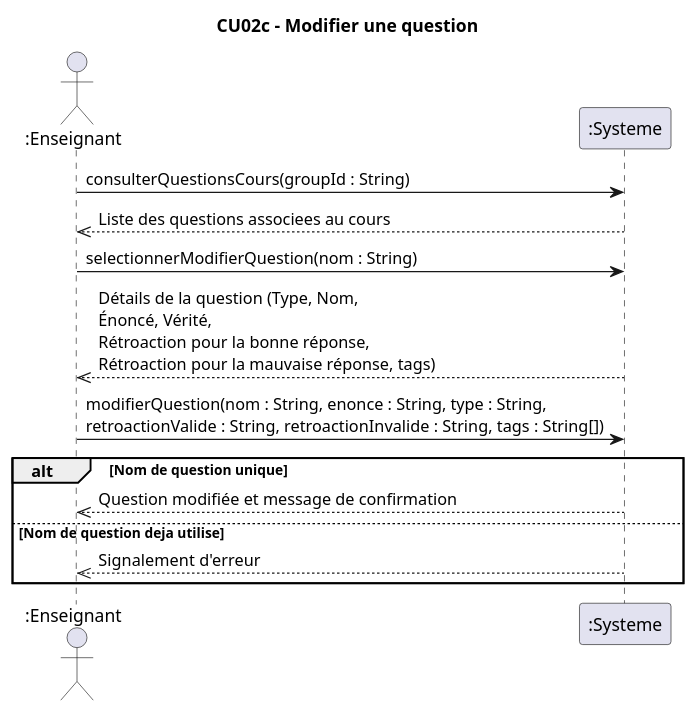
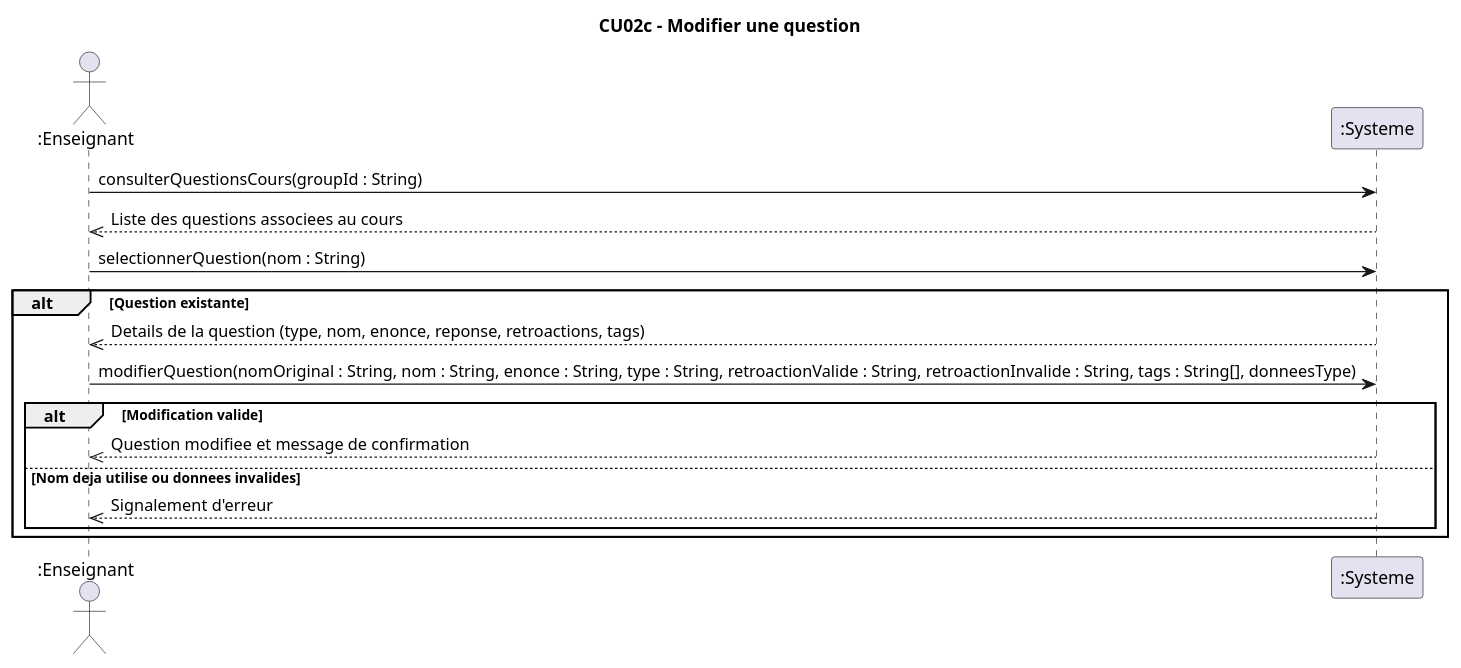
Before and after one commit to xMrYahya/moodle-clone: the diagram in docs/modeles/cu02/dss-modifier-question.puml, drawn with PlantUML. The commit also changed 4 other files, not shown here.

```diff
--- a/docs/modeles/cu02/dss-modifier-question.puml
+++ b/docs/modeles/cu02/dss-modifier-question.puml
@@ -1,16 +1,19 @@
 @startuml
 title CU02c - Modifier une question
 actor ":Enseignant" as e
 participant ":Systeme" as s
+
 e->s : consulterQuestionsCours(groupId : String)
 s-->>e : Liste des questions associees au cours
-'Noter qu'il faudrait 2 boutons 1 pour details, un pour modifier
-e->s : selectionnerModifierQuestion(nom : String)
-s-->>e : Détails de la question (Type, Nom,\nÉnoncé, Vérité, \nRétroaction pour la bonne réponse, \nRétroaction pour la mauvaise réponse, tags)
-e->s : modifierQuestion(nom : String, enonce : String, type : String, \nretroactionValide : String, retroactionInvalide : String, tags : String[])
-alt Nom de question unique
-s-->>e : Question modifiée et message de confirmation
-else Nom de question deja utilise 
-s-->>e : Signalement d'erreur
+
+e->s : selectionnerQuestion(nom : String)
+alt Question existante
+	s-->>e : Details de la question (type, nom, enonce, reponse, retroactions, tags)
+	e->s : modifierQuestion(nomOriginal : String, nom : String, enonce : String, type : String, retroactionValide : String, retroactionInvalide : String, tags : String[], donneesType)
+	alt Modification valide
+		s-->>e : Question modifiee et message de confirmation
+	else Nom deja utilise ou donnees invalides
+		s-->>e : Signalement d'erreur
+	end alt
 end alt
 @enduml
```
